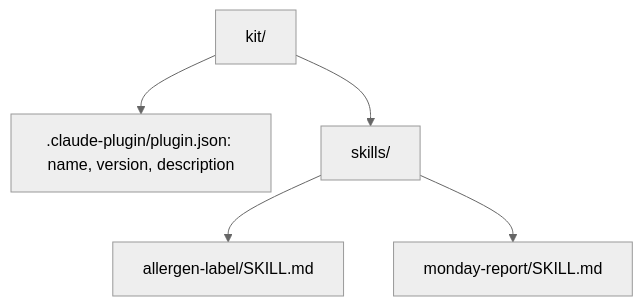
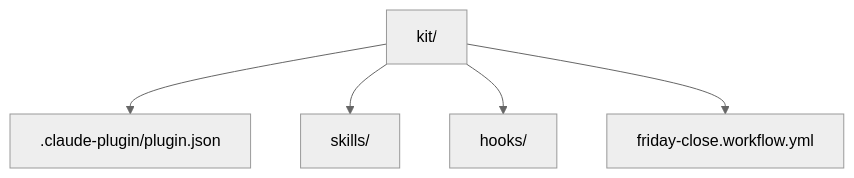
The diagram in parts/06-share-the-close/02-pack-the-bakery-kit/problem/README.md (learnwithparam/claude-code-for-everyone), drawn with Mermaid (neutral theme) before and after one commit. The commit also changed other lines of this file and 573 other files, not shown here.

````diff
--- a/parts/06-share-the-close/02-pack-the-bakery-kit/problem/README.md
+++ b/parts/06-share-the-close/02-pack-the-bakery-kit/problem/README.md
@@ -9,7 +7,7 @@
 ```mermaid
 flowchart TB
-  K[kit/] --> M[.claude-plugin/plugin.json: name, version, description]
+  K[kit/] --> M[.claude-plugin/plugin.json]
   K --> S[skills/]
-  S --> A[allergen-label/SKILL.md]
-  S --> R[monday-report/SKILL.md]
+  K --> H[hooks/]
+  K --> W[friday-close.workflow.yml]
 ```
````
